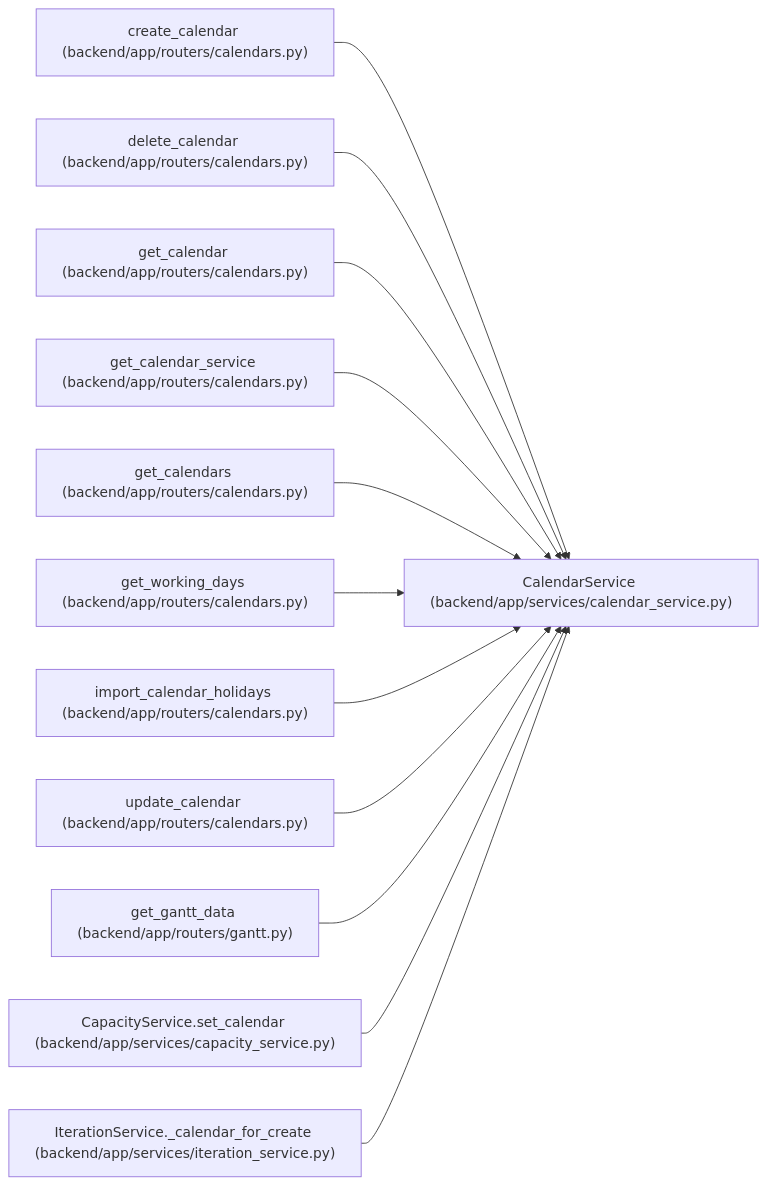
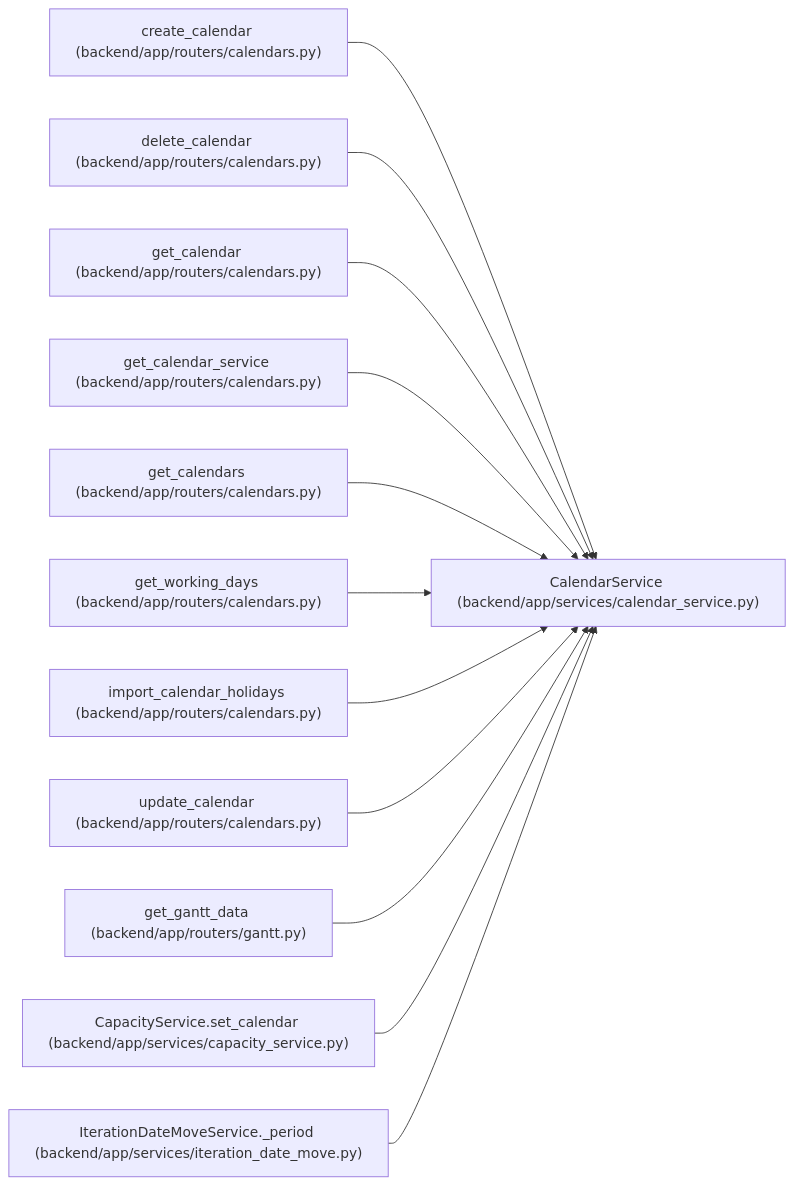
One commit to Denissvgn/WorkChord changed the diagram in docs/llm_wiki/entities/CalendarService.md. Above: the diagram before and after it, drawn with Mermaid. The commit also changed other lines of this file and 1817 other files, not shown here.

First line of the commit message:
Refresh the architectural wiki for the 1.9.0 changes

````diff
--- a/docs/llm_wiki/entities/CalendarService.md
+++ b/docs/llm_wiki/entities/CalendarService.md
@@ -39,38 +39,38 @@
 ```mermaid
 flowchart LR
     n0["CalendarService (backend/app/services/calendar_service.py)"]
     n1["create_calendar (backend/app/routers/calendars.py)"]
     n2["delete_calendar (backend/app/routers/calendars.py)"]
     n3["get_calendar (backend/app/routers/calendars.py)"]
     n4["get_calendar_service (backend/app/routers/calendars.py)"]
     n5["get_calendars (backend/app/routers/calendars.py)"]
     n6["get_working_days (backend/app/routers/calendars.py)"]
     n7["import_calendar_holidays (backend/app/routers/calendars.py)"]
     n8["update_calendar (backend/app/routers/calendars.py)"]
     n9["get_gantt_data (backend/app/routers/gantt.py)"]
     n10["CapacityService.set_calendar (backend/app/services/capacity_service.py)"]
-    n11["IterationService._calendar_for_create (backend/app/services/iteration_service.py)"]
+    n11["IterationDateMoveService._period (backend/app/services/iteration_date_move.py)"]
     n1 --> n0
     n2 --> n0
     n3 --> n0
     n4 --> n0
     n5 --> n0
     n6 --> n0
     n7 --> n0
     n8 --> n0
     n9 --> n0
     n10 --> n0
     n11 --> n0
     click n0 "../modules/calendar_service.md"
     click n1 "../modules/calendars.md"
     click n2 "../modules/calendars.md"
     click n3 "../modules/calendars.md"
     click n4 "../modules/calendars.md"
     click n5 "../modules/calendars.md"
     click n6 "../modules/calendars.md"
     click n7 "../modules/calendars.md"
     click n8 "../modules/calendars.md"
     click n9 "../modules/routers_gantt.md"
     click n10 "../modules/capacity_service.md"
-    click n11 "../modules/iteration_service.md"
+    click n11 "../modules/iteration_date_move.md"
 ```
````
